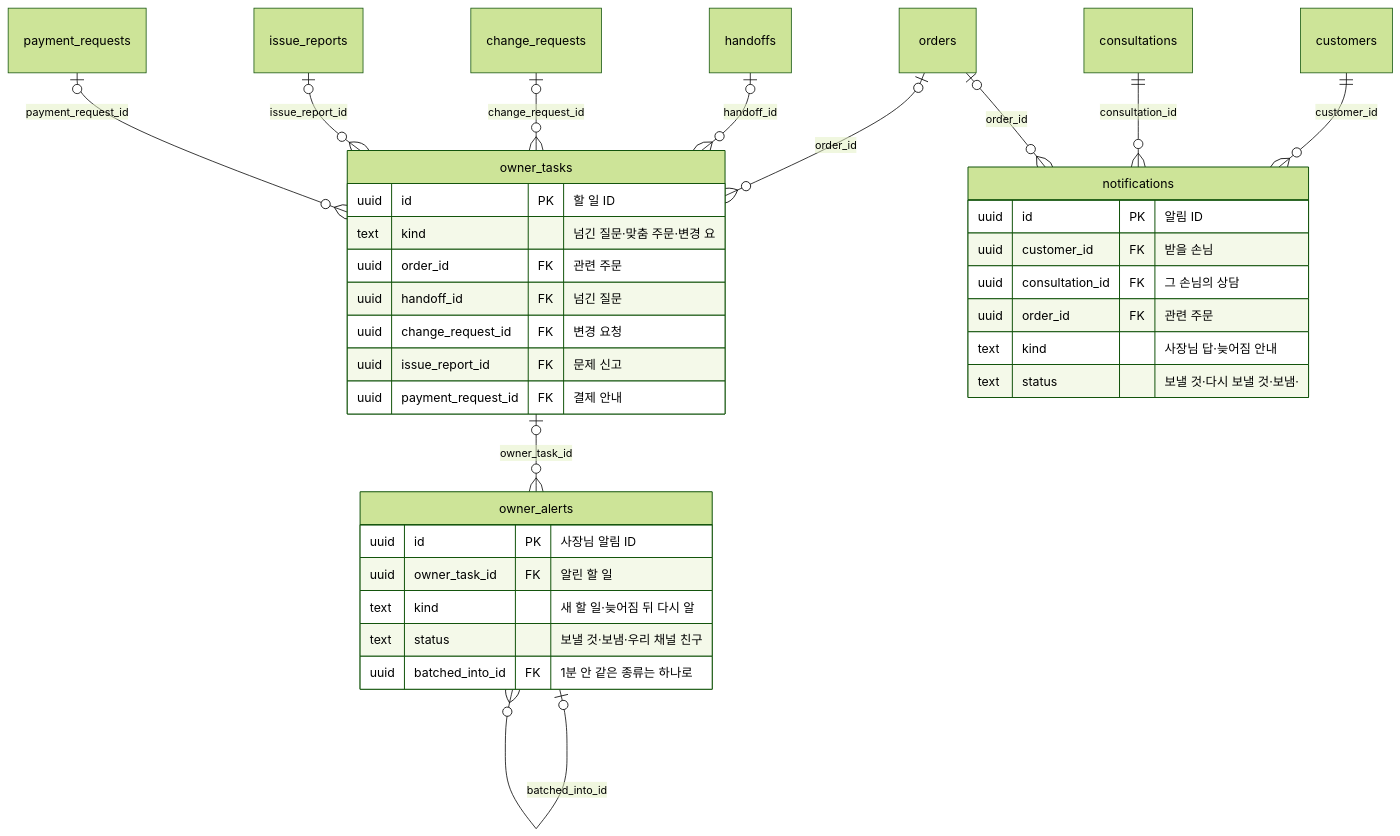
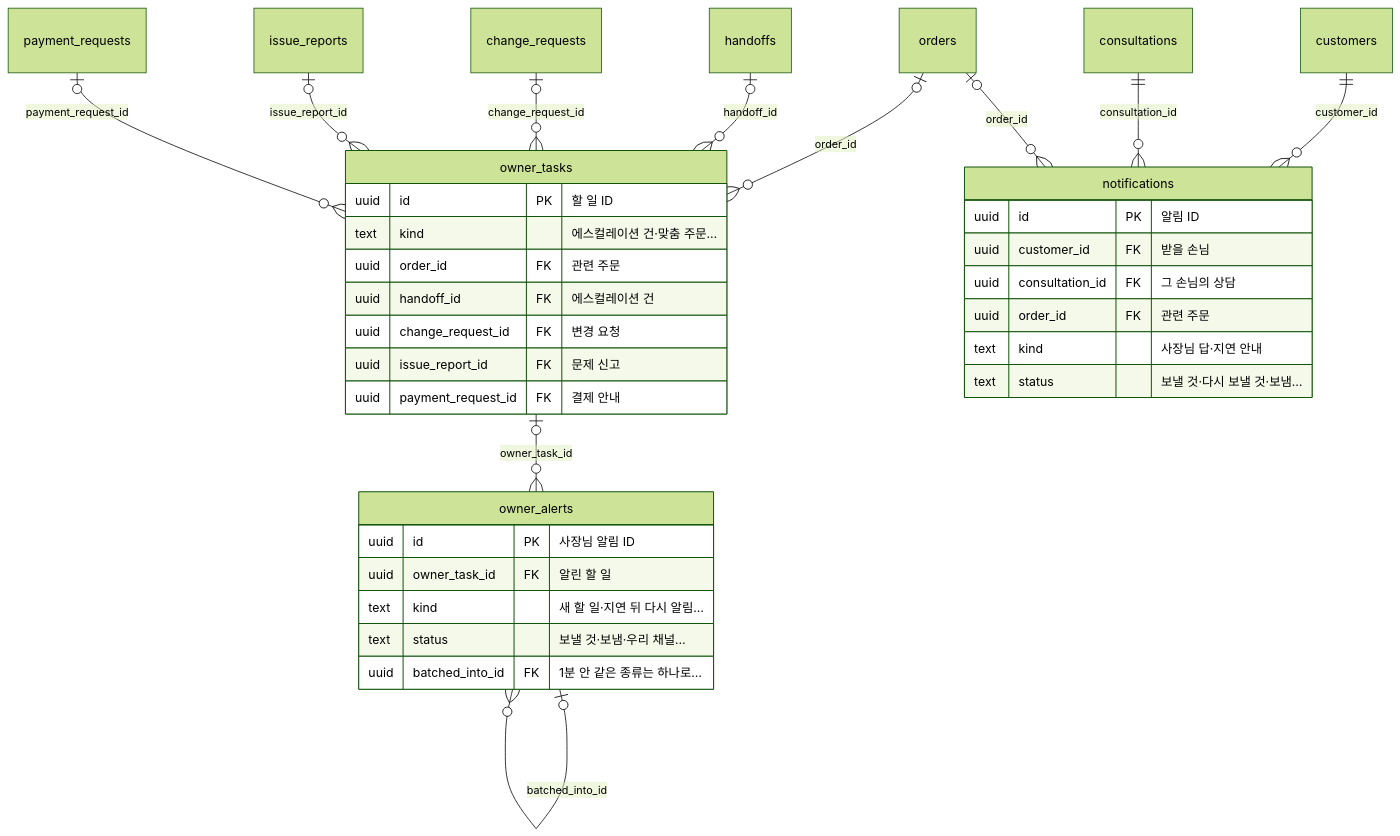
One commit to kodonghui/siljang.ai changed the ninth of 11 diagrams in docs/05-erd/README.md. Above: the diagram before and after it, drawn with Mermaid (forest theme). The commit also changed other lines of this file and 55 other files, not shown here.

````diff
--- a/docs/05-erd/README.md
+++ b/docs/05-erd/README.md
@@ -546,37 +546,37 @@
 ```mermaid
 erDiagram
   owner_tasks {
     uuid id PK "할 일 ID"
-    text kind "넘긴 질문·맞춤 주문·변경 요"
+    text kind "에스컬레이션 건·맞춤 주문…"
     uuid order_id FK "관련 주문"
-    uuid handoff_id FK "넘긴 질문"
+    uuid handoff_id FK "에스컬레이션 건"
     uuid change_request_id FK "변경 요청"
     uuid issue_report_id FK "문제 신고"
     uuid payment_request_id FK "결제 안내"
   }
   owner_alerts {
     uuid id PK "사장님 알림 ID"
     uuid owner_task_id FK "알린 할 일"
-    text kind "새 할 일·늦어짐 뒤 다시 알"
-    text status "보낼 것·보냄·우리 채널 친구"
-    uuid batched_into_id FK "1분 안 같은 종류는 하나로 "
+    text kind "새 할 일·지연 뒤 다시 알림…"
+    text status "보낼 것·보냄·우리 채널…"
+    uuid batched_into_id FK "1분 안 같은 종류는 하나로…"
   }
   notifications {
     uuid id PK "알림 ID"
     uuid customer_id FK "받을 손님"
     uuid consultation_id FK "그 손님의 상담"
     uuid order_id FK "관련 주문"
-    text kind "사장님 답·늦어짐 안내"
-    text status "보낼 것·다시 보낼 것·보냄·"
+    text kind "사장님 답·지연 안내"
+    text status "보낼 것·다시 보낼 것·보냄…"
   }
   orders |o--o{ owner_tasks : "order_id"
   handoffs |o--o{ owner_tasks : "handoff_id"
   change_requests |o--o{ owner_tasks : "change_request_id"
   issue_reports |o--o{ owner_tasks : "issue_report_id"
   payment_requests |o--o{ owner_tasks : "payment_request_id"
   owner_tasks |o--o{ owner_alerts : "owner_task_id"
   owner_alerts |o--o{ owner_alerts : "batched_into_id"
   customers ||--o{ notifications : "customer_id"
   consultations ||--o{ notifications : "consultation_id"
   orders |o--o{ notifications : "order_id"
 ```
````
